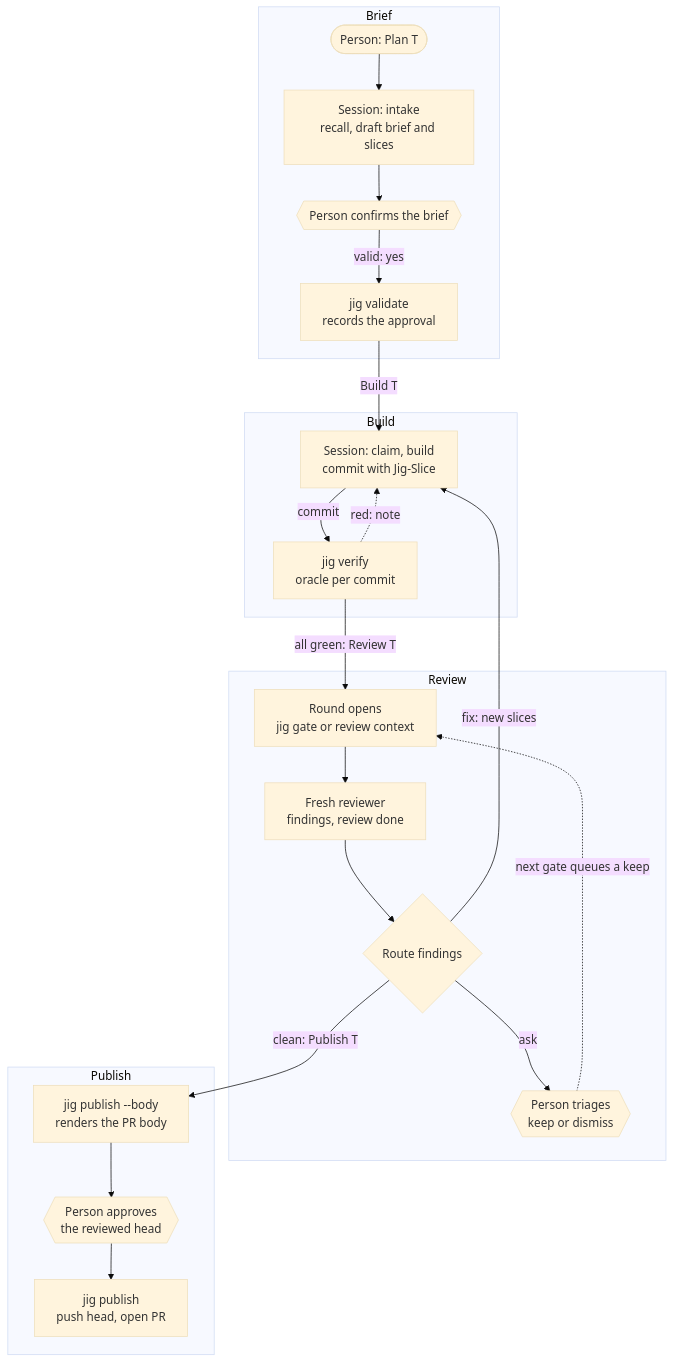
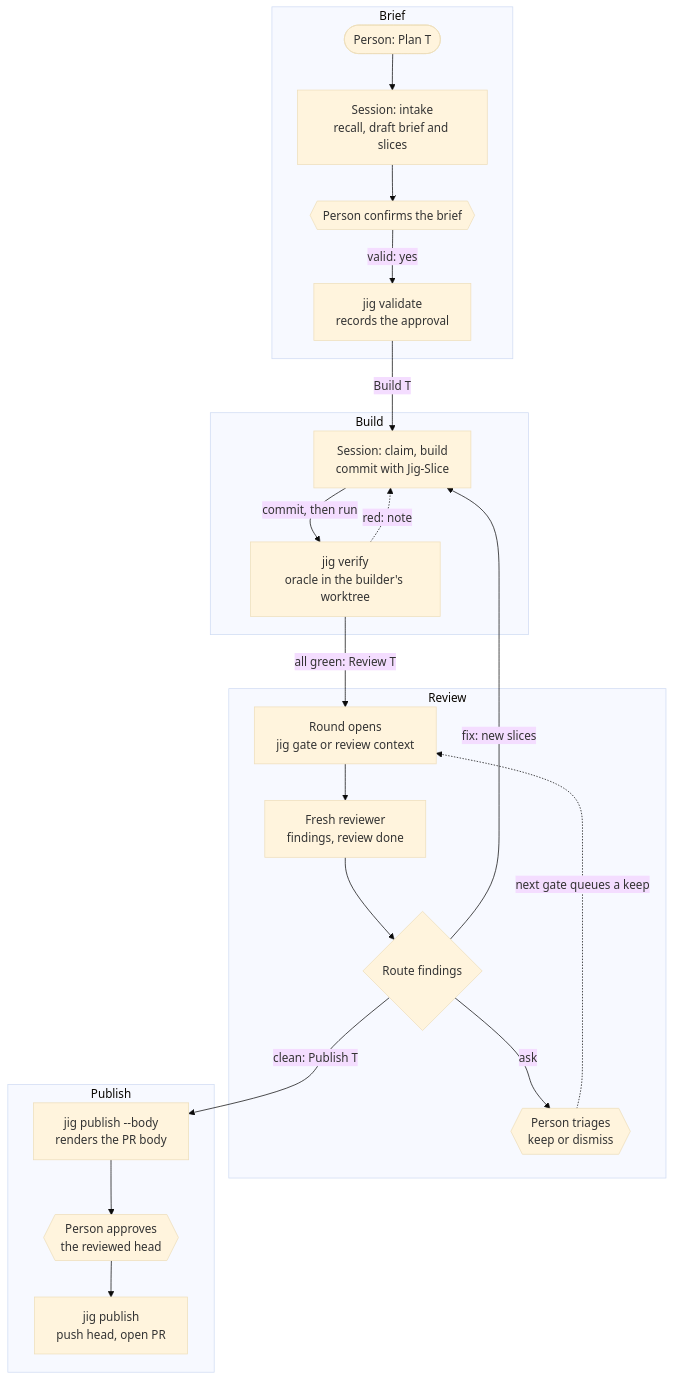
Before and after one commit to develdeco/jig: the third of 5 diagrams in docs/diagrams.md, drawn with Mermaid (base theme). The commit also changed other lines of this file and 16 other files, not shown here.

First line of the commit message:
The build skill and the docs say a builder runs jig verify and jig witnesses the run

````diff
--- a/docs/diagrams.md
+++ b/docs/diagrams.md
@@ -194,26 +194,26 @@
 ```mermaid
 flowchart TB
   subgraph brief ["Brief"]
     ask(["Person: Plan T"]) --> intake["Session: intake<br/>recall, draft brief and slices"]
     intake --> confirm{{"Person confirms the brief"}}
     confirm -->|"valid: yes"| validate["jig validate<br/>records the approval"]
   end
   subgraph build ["Build"]
-    claim["Session: claim, build<br/>commit with Jig-Slice"] -->|commit| verify["jig verify<br/>oracle per commit"]
+    claim["Session: claim, build<br/>commit with Jig-Slice"] -->|"commit, then run"| verify["jig verify<br/>oracle in the builder's worktree"]
     verify -.->|"red: note"| claim
   end
   subgraph review ["Review"]
     gate["Round opens<br/>jig gate or review context"] --> round["Fresh reviewer<br/>findings, review done"]
     round --> route{"Route findings"}
     route -->|ask| triage{{"Person triages<br/>keep or dismiss"}}
     triage -.->|"next gate queues a keep"| gate
   end
   subgraph publish ["Publish"]
     pbody["jig publish --body<br/>renders the PR body"] --> approve{{"Person approves<br/>the reviewed head"}}
     approve --> pub["jig publish<br/>push head, open PR"]
   end
   validate -->|"Build T"| claim
   verify -->|"all green: Review T"| gate
   route -->|"fix: new slices"| claim
   route -->|"clean: Publish T"| pbody
 ```
````
